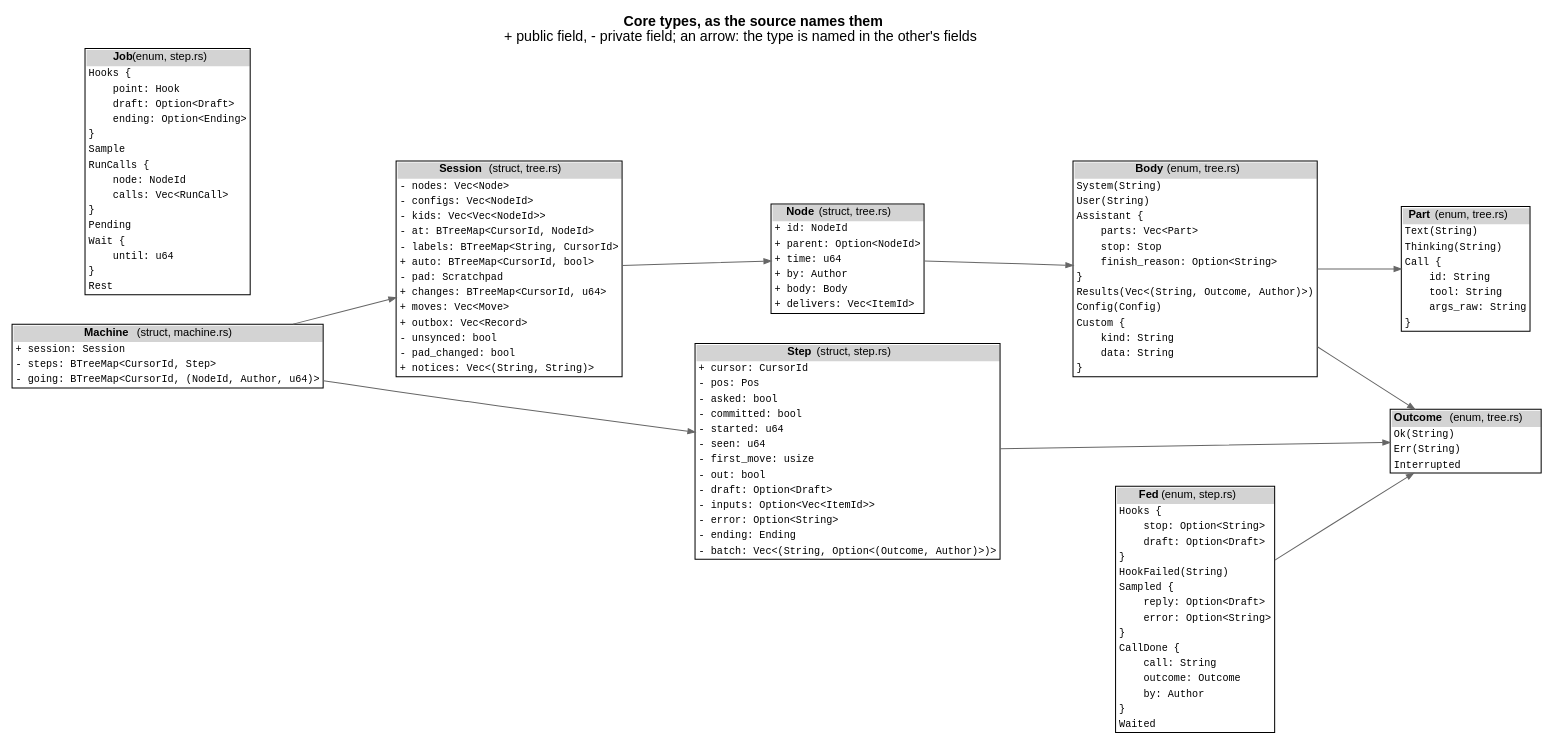
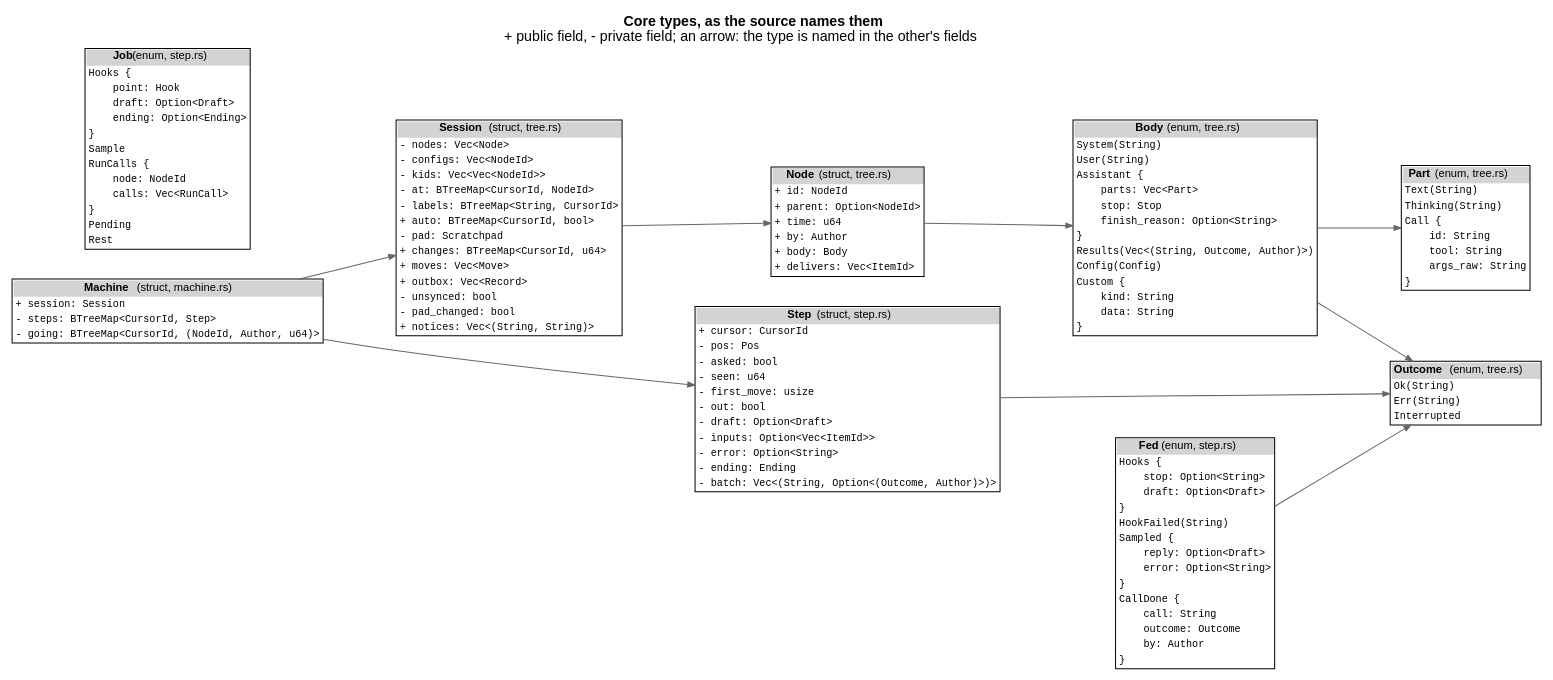
One commit to jmccardle/tau changed the diagram in docs/as-built/diagrams/types.dot. Above: the diagram before and after it, drawn with Graphviz. The commit also changed 44 other files, not shown here.

First line of the commit message:
The cursor never spins: a step that doesn't move it turns auto-step off

```diff
--- a/docs/as-built/diagrams/types.dot
+++ b/docs/as-built/diagrams/types.dot
@@ -7,9 +7,9 @@
   "Node" [label=<<table border="1" cellborder="0" cellspacing="0"><tr><td bgcolor="lightgray"><b>Node</b> (struct, tree.rs)</td></tr><tr><td align="left" balign="left"><font face="Courier" point-size="10">+&nbsp;id:&nbsp;NodeId</font></td></tr><tr><td align="left" balign="left"><font face="Courier" point-size="10">+&nbsp;parent:&nbsp;Option&lt;NodeId&gt;</font></td></tr><tr><td align="left" balign="left"><font face="Courier" point-size="10">+&nbsp;time:&nbsp;u64</font></td></tr><tr><td align="left" balign="left"><font face="Courier" point-size="10">+&nbsp;by:&nbsp;Author</font></td></tr><tr><td align="left" balign="left"><font face="Courier" point-size="10">+&nbsp;body:&nbsp;Body</font></td></tr><tr><td align="left" balign="left"><font face="Courier" point-size="10">+&nbsp;delivers:&nbsp;Vec&lt;ItemId&gt;</font></td></tr></table>>];
   "Session" [label=<<table border="1" cellborder="0" cellspacing="0"><tr><td bgcolor="lightgray"><b>Session</b> (struct, tree.rs)</td></tr><tr><td align="left" balign="left"><font face="Courier" point-size="10">-&nbsp;nodes:&nbsp;Vec&lt;Node&gt;</font></td></tr><tr><td align="left" balign="left"><font face="Courier" point-size="10">-&nbsp;configs:&nbsp;Vec&lt;NodeId&gt;</font></td></tr><tr><td align="left" balign="left"><font face="Courier" point-size="10">-&nbsp;kids:&nbsp;Vec&lt;Vec&lt;NodeId&gt;&gt;</font></td></tr><tr><td align="left" balign="left"><font face="Courier" point-size="10">-&nbsp;at:&nbsp;BTreeMap&lt;CursorId,&nbsp;NodeId&gt;</font></td></tr><tr><td align="left" balign="left"><font face="Courier" point-size="10">-&nbsp;labels:&nbsp;BTreeMap&lt;String,&nbsp;CursorId&gt;</font></td></tr><tr><td align="left" balign="left"><font face="Courier" point-size="10">+&nbsp;auto:&nbsp;BTreeMap&lt;CursorId,&nbsp;bool&gt;</font></td></tr><tr><td align="left" balign="left"><font face="Courier" point-size="10">-&nbsp;pad:&nbsp;Scratchpad</font></td></tr><tr><td align="left" balign="left"><font face="Courier" point-size="10">+&nbsp;changes:&nbsp;BTreeMap&lt;CursorId,&nbsp;u64&gt;</font></td></tr><tr><td align="left" balign="left"><font face="Courier" point-size="10">+&nbsp;moves:&nbsp;Vec&lt;Move&gt;</font></td></tr><tr><td align="left" balign="left"><font face="Courier" point-size="10">+&nbsp;outbox:&nbsp;Vec&lt;Record&gt;</font></td></tr><tr><td align="left" balign="left"><font face="Courier" point-size="10">-&nbsp;unsynced:&nbsp;bool</font></td></tr><tr><td align="left" balign="left"><font face="Courier" point-size="10">-&nbsp;pad_changed:&nbsp;bool</font></td></tr><tr><td align="left" balign="left"><font face="Courier" point-size="10">+&nbsp;notices:&nbsp;Vec&lt;(String,&nbsp;String)&gt;</font></td></tr></table>>];
   "Machine" [label=<<table border="1" cellborder="0" cellspacing="0"><tr><td bgcolor="lightgray"><b>Machine</b> (struct, machine.rs)</td></tr><tr><td align="left" balign="left"><font face="Courier" point-size="10">+&nbsp;session:&nbsp;Session</font></td></tr><tr><td align="left" balign="left"><font face="Courier" point-size="10">-&nbsp;steps:&nbsp;BTreeMap&lt;CursorId,&nbsp;Step&gt;</font></td></tr><tr><td align="left" balign="left"><font face="Courier" point-size="10">-&nbsp;going:&nbsp;BTreeMap&lt;CursorId,&nbsp;(NodeId,&nbsp;Author,&nbsp;u64)&gt;</font></td></tr></table>>];
-  "Step" [label=<<table border="1" cellborder="0" cellspacing="0"><tr><td bgcolor="lightgray"><b>Step</b> (struct, step.rs)</td></tr><tr><td align="left" balign="left"><font face="Courier" point-size="10">+&nbsp;cursor:&nbsp;CursorId</font></td></tr><tr><td align="left" balign="left"><font face="Courier" point-size="10">-&nbsp;pos:&nbsp;Pos</font></td></tr><tr><td align="left" balign="left"><font face="Courier" point-size="10">-&nbsp;asked:&nbsp;bool</font></td></tr><tr><td align="left" balign="left"><font face="Courier" point-size="10">-&nbsp;committed:&nbsp;bool</font></td></tr><tr><td align="left" balign="left"><font face="Courier" point-size="10">-&nbsp;started:&nbsp;u64</font></td></tr><tr><td align="left" balign="left"><font face="Courier" point-size="10">-&nbsp;seen:&nbsp;u64</font></td></tr><tr><td align="left" balign="left"><font face="Courier" point-size="10">-&nbsp;first_move:&nbsp;usize</font></td></tr><tr><td align="left" balign="left"><font face="Courier" point-size="10">-&nbsp;out:&nbsp;bool</font></td></tr><tr><td align="left" balign="left"><font face="Courier" point-size="10">-&nbsp;draft:&nbsp;Option&lt;Draft&gt;</font></td></tr><tr><td align="left" balign="left"><font face="Courier" point-size="10">-&nbsp;inputs:&nbsp;Option&lt;Vec&lt;ItemId&gt;&gt;</font></td></tr><tr><td align="left" balign="left"><font face="Courier" point-size="10">-&nbsp;error:&nbsp;Option&lt;String&gt;</font></td></tr><tr><td align="left" balign="left"><font face="Courier" point-size="10">-&nbsp;ending:&nbsp;Ending</font></td></tr><tr><td align="left" balign="left"><font face="Courier" point-size="10">-&nbsp;batch:&nbsp;Vec&lt;(String,&nbsp;Option&lt;(Outcome,&nbsp;Author)&gt;)&gt;</font></td></tr></table>>];
-  "Job" [label=<<table border="1" cellborder="0" cellspacing="0"><tr><td bgcolor="lightgray"><b>Job</b> (enum, step.rs)</td></tr><tr><td align="left" balign="left"><font face="Courier" point-size="10">Hooks&nbsp;{</font></td></tr><tr><td align="left" balign="left"><font face="Courier" point-size="10">&nbsp;&nbsp;&nbsp;&nbsp;point:&nbsp;Hook</font></td></tr><tr><td align="left" balign="left"><font face="Courier" point-size="10">&nbsp;&nbsp;&nbsp;&nbsp;draft:&nbsp;Option&lt;Draft&gt;</font></td></tr><tr><td align="left" balign="left"><font face="Courier" point-size="10">&nbsp;&nbsp;&nbsp;&nbsp;ending:&nbsp;Option&lt;Ending&gt;</font></td></tr><tr><td align="left" balign="left"><font face="Courier" point-size="10">}</font></td></tr><tr><td align="left" balign="left"><font face="Courier" point-size="10">Sample</font></td></tr><tr><td align="left" balign="left"><font face="Courier" point-size="10">RunCalls&nbsp;{</font></td></tr><tr><td align="left" balign="left"><font face="Courier" point-size="10">&nbsp;&nbsp;&nbsp;&nbsp;node:&nbsp;NodeId</font></td></tr><tr><td align="left" balign="left"><font face="Courier" point-size="10">&nbsp;&nbsp;&nbsp;&nbsp;calls:&nbsp;Vec&lt;RunCall&gt;</font></td></tr><tr><td align="left" balign="left"><font face="Courier" point-size="10">}</font></td></tr><tr><td align="left" balign="left"><font face="Courier" point-size="10">Pending</font></td></tr><tr><td align="left" balign="left"><font face="Courier" point-size="10">Wait&nbsp;{</font></td></tr><tr><td align="left" balign="left"><font face="Courier" point-size="10">&nbsp;&nbsp;&nbsp;&nbsp;until:&nbsp;u64</font></td></tr><tr><td align="left" balign="left"><font face="Courier" point-size="10">}</font></td></tr><tr><td align="left" balign="left"><font face="Courier" point-size="10">Rest</font></td></tr></table>>];
-  "Fed" [label=<<table border="1" cellborder="0" cellspacing="0"><tr><td bgcolor="lightgray"><b>Fed</b> (enum, step.rs)</td></tr><tr><td align="left" balign="left"><font face="Courier" point-size="10">Hooks&nbsp;{</font></td></tr><tr><td align="left" balign="left"><font face="Courier" point-size="10">&nbsp;&nbsp;&nbsp;&nbsp;stop:&nbsp;Option&lt;String&gt;</font></td></tr><tr><td align="left" balign="left"><font face="Courier" point-size="10">&nbsp;&nbsp;&nbsp;&nbsp;draft:&nbsp;Option&lt;Draft&gt;</font></td></tr><tr><td align="left" balign="left"><font face="Courier" point-size="10">}</font></td></tr><tr><td align="left" balign="left"><font face="Courier" point-size="10">HookFailed(String)</font></td></tr><tr><td align="left" balign="left"><font face="Courier" point-size="10">Sampled&nbsp;{</font></td></tr><tr><td align="left" balign="left"><font face="Courier" point-size="10">&nbsp;&nbsp;&nbsp;&nbsp;reply:&nbsp;Option&lt;Draft&gt;</font></td></tr><tr><td align="left" balign="left"><font face="Courier" point-size="10">&nbsp;&nbsp;&nbsp;&nbsp;error:&nbsp;Option&lt;String&gt;</font></td></tr><tr><td align="left" balign="left"><font face="Courier" point-size="10">}</font></td></tr><tr><td align="left" balign="left"><font face="Courier" point-size="10">CallDone&nbsp;{</font></td></tr><tr><td align="left" balign="left"><font face="Courier" point-size="10">&nbsp;&nbsp;&nbsp;&nbsp;call:&nbsp;String</font></td></tr><tr><td align="left" balign="left"><font face="Courier" point-size="10">&nbsp;&nbsp;&nbsp;&nbsp;outcome:&nbsp;Outcome</font></td></tr><tr><td align="left" balign="left"><font face="Courier" point-size="10">&nbsp;&nbsp;&nbsp;&nbsp;by:&nbsp;Author</font></td></tr><tr><td align="left" balign="left"><font face="Courier" point-size="10">}</font></td></tr><tr><td align="left" balign="left"><font face="Courier" point-size="10">Waited</font></td></tr></table>>];
+  "Step" [label=<<table border="1" cellborder="0" cellspacing="0"><tr><td bgcolor="lightgray"><b>Step</b> (struct, step.rs)</td></tr><tr><td align="left" balign="left"><font face="Courier" point-size="10">+&nbsp;cursor:&nbsp;CursorId</font></td></tr><tr><td align="left" balign="left"><font face="Courier" point-size="10">-&nbsp;pos:&nbsp;Pos</font></td></tr><tr><td align="left" balign="left"><font face="Courier" point-size="10">-&nbsp;asked:&nbsp;bool</font></td></tr><tr><td align="left" balign="left"><font face="Courier" point-size="10">-&nbsp;seen:&nbsp;u64</font></td></tr><tr><td align="left" balign="left"><font face="Courier" point-size="10">-&nbsp;first_move:&nbsp;usize</font></td></tr><tr><td align="left" balign="left"><font face="Courier" point-size="10">-&nbsp;out:&nbsp;bool</font></td></tr><tr><td align="left" balign="left"><font face="Courier" point-size="10">-&nbsp;draft:&nbsp;Option&lt;Draft&gt;</font></td></tr><tr><td align="left" balign="left"><font face="Courier" point-size="10">-&nbsp;inputs:&nbsp;Option&lt;Vec&lt;ItemId&gt;&gt;</font></td></tr><tr><td align="left" balign="left"><font face="Courier" point-size="10">-&nbsp;error:&nbsp;Option&lt;String&gt;</font></td></tr><tr><td align="left" balign="left"><font face="Courier" point-size="10">-&nbsp;ending:&nbsp;Ending</font></td></tr><tr><td align="left" balign="left"><font face="Courier" point-size="10">-&nbsp;batch:&nbsp;Vec&lt;(String,&nbsp;Option&lt;(Outcome,&nbsp;Author)&gt;)&gt;</font></td></tr></table>>];
+  "Job" [label=<<table border="1" cellborder="0" cellspacing="0"><tr><td bgcolor="lightgray"><b>Job</b> (enum, step.rs)</td></tr><tr><td align="left" balign="left"><font face="Courier" point-size="10">Hooks&nbsp;{</font></td></tr><tr><td align="left" balign="left"><font face="Courier" point-size="10">&nbsp;&nbsp;&nbsp;&nbsp;point:&nbsp;Hook</font></td></tr><tr><td align="left" balign="left"><font face="Courier" point-size="10">&nbsp;&nbsp;&nbsp;&nbsp;draft:&nbsp;Option&lt;Draft&gt;</font></td></tr><tr><td align="left" balign="left"><font face="Courier" point-size="10">&nbsp;&nbsp;&nbsp;&nbsp;ending:&nbsp;Option&lt;Ending&gt;</font></td></tr><tr><td align="left" balign="left"><font face="Courier" point-size="10">}</font></td></tr><tr><td align="left" balign="left"><font face="Courier" point-size="10">Sample</font></td></tr><tr><td align="left" balign="left"><font face="Courier" point-size="10">RunCalls&nbsp;{</font></td></tr><tr><td align="left" balign="left"><font face="Courier" point-size="10">&nbsp;&nbsp;&nbsp;&nbsp;node:&nbsp;NodeId</font></td></tr><tr><td align="left" balign="left"><font face="Courier" point-size="10">&nbsp;&nbsp;&nbsp;&nbsp;calls:&nbsp;Vec&lt;RunCall&gt;</font></td></tr><tr><td align="left" balign="left"><font face="Courier" point-size="10">}</font></td></tr><tr><td align="left" balign="left"><font face="Courier" point-size="10">Pending</font></td></tr><tr><td align="left" balign="left"><font face="Courier" point-size="10">Rest</font></td></tr></table>>];
+  "Fed" [label=<<table border="1" cellborder="0" cellspacing="0"><tr><td bgcolor="lightgray"><b>Fed</b> (enum, step.rs)</td></tr><tr><td align="left" balign="left"><font face="Courier" point-size="10">Hooks&nbsp;{</font></td></tr><tr><td align="left" balign="left"><font face="Courier" point-size="10">&nbsp;&nbsp;&nbsp;&nbsp;stop:&nbsp;Option&lt;String&gt;</font></td></tr><tr><td align="left" balign="left"><font face="Courier" point-size="10">&nbsp;&nbsp;&nbsp;&nbsp;draft:&nbsp;Option&lt;Draft&gt;</font></td></tr><tr><td align="left" balign="left"><font face="Courier" point-size="10">}</font></td></tr><tr><td align="left" balign="left"><font face="Courier" point-size="10">HookFailed(String)</font></td></tr><tr><td align="left" balign="left"><font face="Courier" point-size="10">Sampled&nbsp;{</font></td></tr><tr><td align="left" balign="left"><font face="Courier" point-size="10">&nbsp;&nbsp;&nbsp;&nbsp;reply:&nbsp;Option&lt;Draft&gt;</font></td></tr><tr><td align="left" balign="left"><font face="Courier" point-size="10">&nbsp;&nbsp;&nbsp;&nbsp;error:&nbsp;Option&lt;String&gt;</font></td></tr><tr><td align="left" balign="left"><font face="Courier" point-size="10">}</font></td></tr><tr><td align="left" balign="left"><font face="Courier" point-size="10">CallDone&nbsp;{</font></td></tr><tr><td align="left" balign="left"><font face="Courier" point-size="10">&nbsp;&nbsp;&nbsp;&nbsp;call:&nbsp;String</font></td></tr><tr><td align="left" balign="left"><font face="Courier" point-size="10">&nbsp;&nbsp;&nbsp;&nbsp;outcome:&nbsp;Outcome</font></td></tr><tr><td align="left" balign="left"><font face="Courier" point-size="10">&nbsp;&nbsp;&nbsp;&nbsp;by:&nbsp;Author</font></td></tr><tr><td align="left" balign="left"><font face="Courier" point-size="10">}</font></td></tr></table>>];
   "Outcome" [label=<<table border="1" cellborder="0" cellspacing="0"><tr><td bgcolor="lightgray"><b>Outcome</b> (enum, tree.rs)</td></tr><tr><td align="left" balign="left"><font face="Courier" point-size="10">Ok(String)</font></td></tr><tr><td align="left" balign="left"><font face="Courier" point-size="10">Err(String)</font></td></tr><tr><td align="left" balign="left"><font face="Courier" point-size="10">Interrupted</font></td></tr></table>>];
   "Part" [label=<<table border="1" cellborder="0" cellspacing="0"><tr><td bgcolor="lightgray"><b>Part</b> (enum, tree.rs)</td></tr><tr><td align="left" balign="left"><font face="Courier" point-size="10">Text(String)</font></td></tr><tr><td align="left" balign="left"><font face="Courier" point-size="10">Thinking(String)</font></td></tr><tr><td align="left" balign="left"><font face="Courier" point-size="10">Call&nbsp;{</font></td></tr><tr><td align="left" balign="left"><font face="Courier" point-size="10">&nbsp;&nbsp;&nbsp;&nbsp;id:&nbsp;String</font></td></tr><tr><td align="left" balign="left"><font face="Courier" point-size="10">&nbsp;&nbsp;&nbsp;&nbsp;tool:&nbsp;String</font></td></tr><tr><td align="left" balign="left"><font face="Courier" point-size="10">&nbsp;&nbsp;&nbsp;&nbsp;args_raw:&nbsp;String</font></td></tr><tr><td align="left" balign="left"><font face="Courier" point-size="10">}</font></td></tr></table>>];
   "Body" -> "Part";
```
